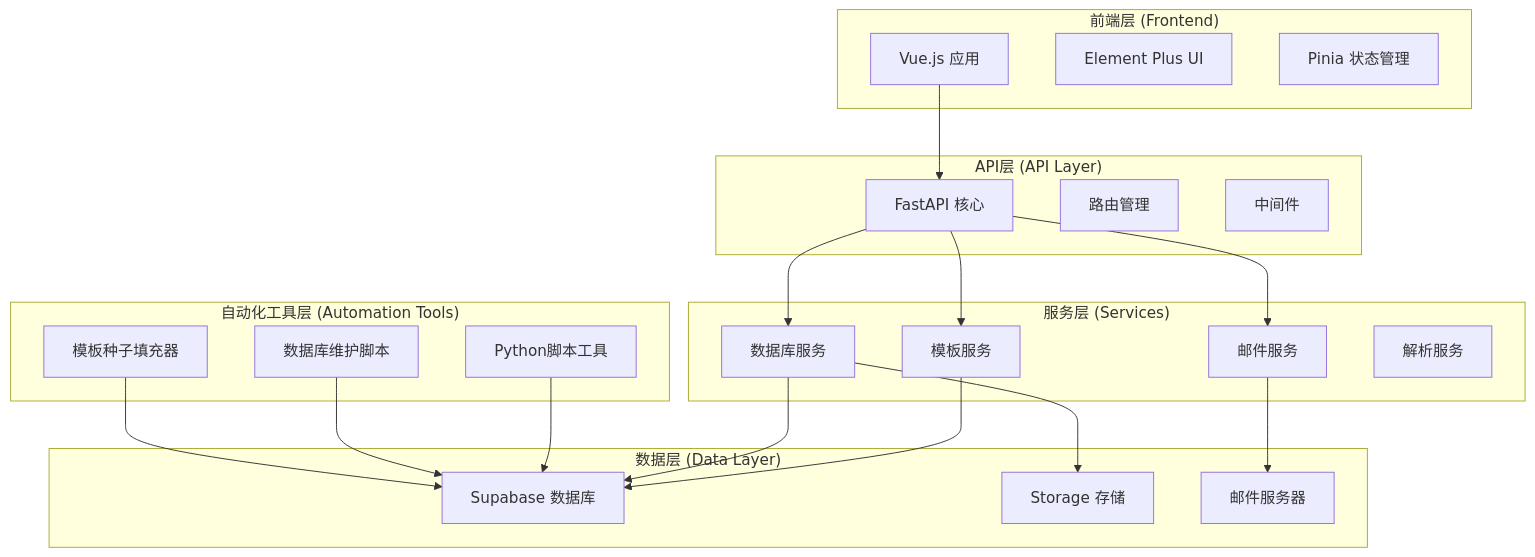
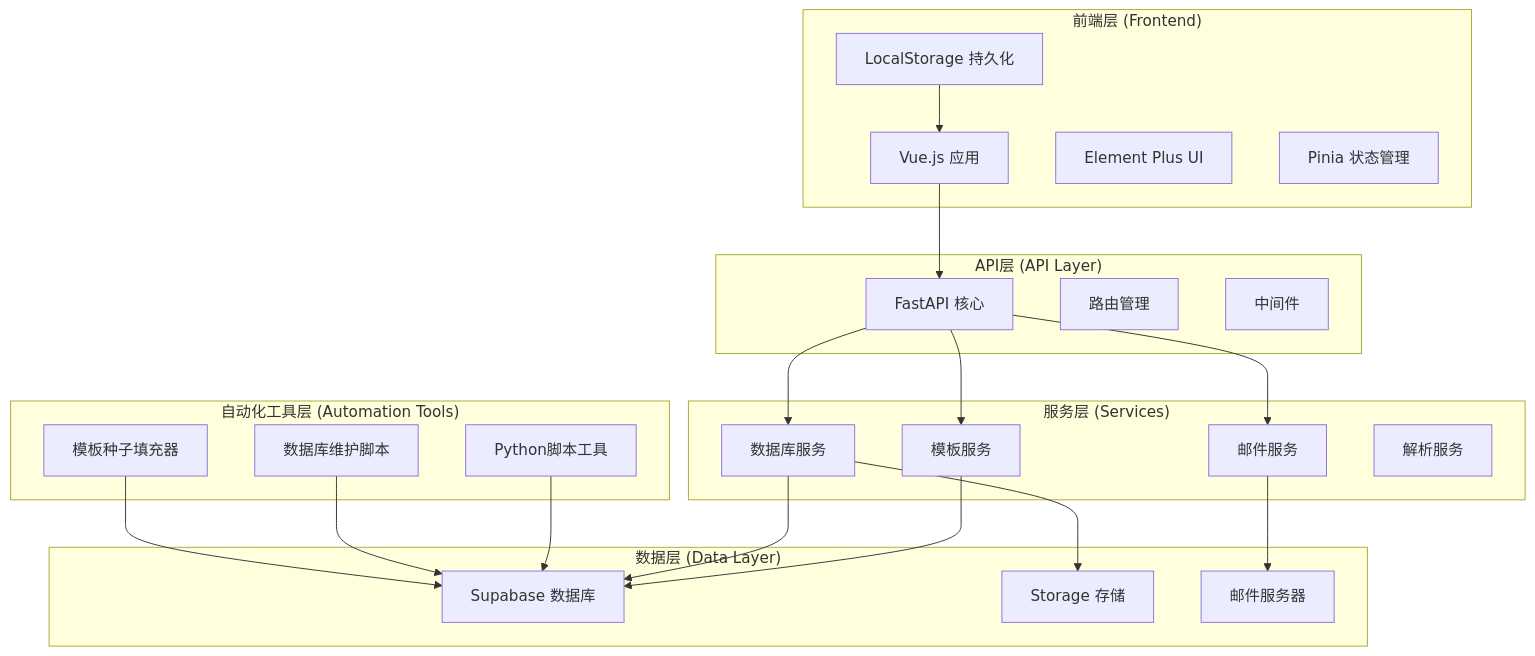
The first of 8 diagrams in .qoder/repowiki/zh/content/开发指南/邮件模板管理系统.md (SY6621/POD-Order-Management), drawn with Mermaid before and after one commit. The commit also changed other lines of this file and 8 other files, not shown here.

````diff
--- a/.qoder/repowiki/zh/content/开发指南/邮件模板管理系统.md
+++ b/.qoder/repowiki/zh/content/开发指南/邮件模板管理系统.md
@@ -57,40 +47,42 @@
 ```mermaid
 graph TB
 subgraph "前端层 (Frontend)"
 FE1[Vue.js 应用]
 FE2[Element Plus UI]
 FE3[Pinia 状态管理]
+FE4[LocalStorage 持久化]
 end
 subgraph "API层 (API Layer)"
 API1[FastAPI 核心]
 API2[路由管理]
 API3[中间件]
 end
 subgraph "服务层 (Services)"
 SVC1[邮件服务]
 SVC2[模板服务]
 SVC3[数据库服务]
 SVC4[解析服务]
 end
 subgraph "数据层 (Data Layer)"
 DB1[Supabase 数据库]
 DB2[Storage 存储]
 DB3[邮件服务器]
 end
 subgraph "自动化工具层 (Automation Tools)"
 AUTO1[Python脚本工具]
 AUTO2[数据库维护脚本]
 AUTO3[模板种子填充器]
 end
 FE1 --> API1
 API1 --> SVC1
 API1 --> SVC2
 API1 --> SVC3
 SVC1 --> DB3
 SVC2 --> DB1
 SVC3 --> DB1
 SVC3 --> DB2
 AUTO1 --> DB1
 AUTO2 --> DB1
 AUTO3 --> DB1
+FE4 --> FE1
 ```
````
